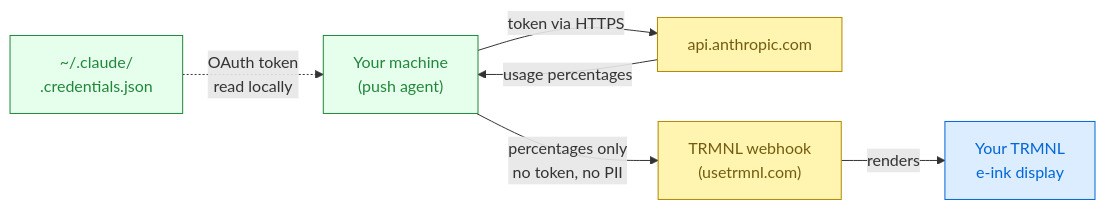
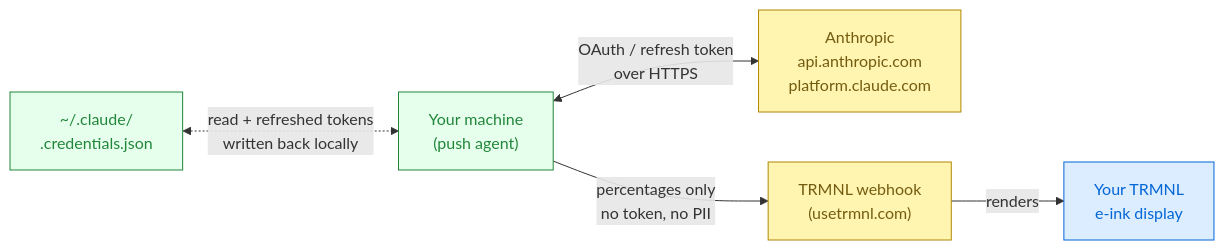
The diagram in README.md (iosdev29/trmnl-claude-limits), drawn with Mermaid before and after one commit. The commit also changed other lines of this file and 1 other file, not shown here.

````diff
--- a/README.md
+++ b/README.md
@@ -16,18 +21,17 @@
 ```mermaid
 flowchart LR
     A["Your machine<br/>(push agent)"]:::local
     B["~/.claude/<br/>.credentials.json"]:::local
-    C["api.anthropic.com"]:::third
+    C["Anthropic<br/>api.anthropic.com<br/>platform.claude.com"]:::third
     D["TRMNL webhook<br/>(usetrmnl.com)"]:::third
     E["Your TRMNL<br/>e-ink display"]:::device
 
-    B -.->|OAuth token<br/>read locally| A
-    A -->|token via HTTPS| C
-    C -->|usage percentages| A
+    B <-.->|read + refreshed tokens<br/>written back locally| A
+    A <-->|OAuth / refresh token<br/>over HTTPS| C
     A -->|percentages only<br/>no token, no PII| D
     D -->|renders| E
 
     classDef local  fill:#e6ffed,stroke:#22863a,color:#22863a
     classDef third  fill:#fff5b1,stroke:#b08800,color:#735c0f
     classDef device fill:#dbedff,stroke:#0366d6,color:#0366d6
 ```
````
